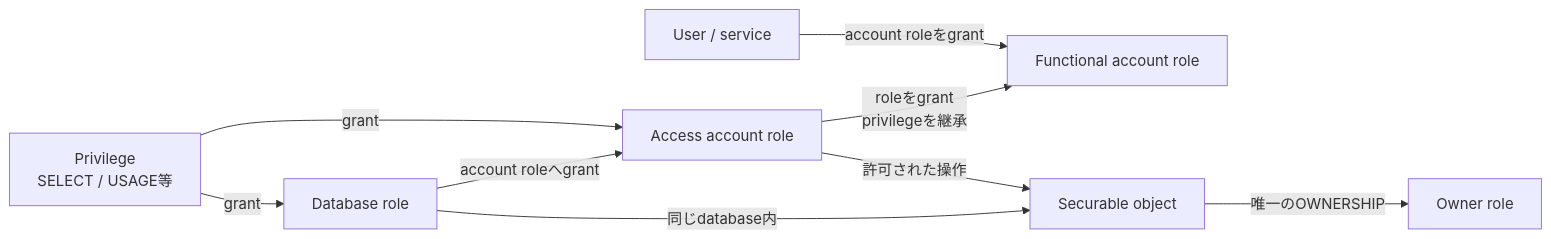
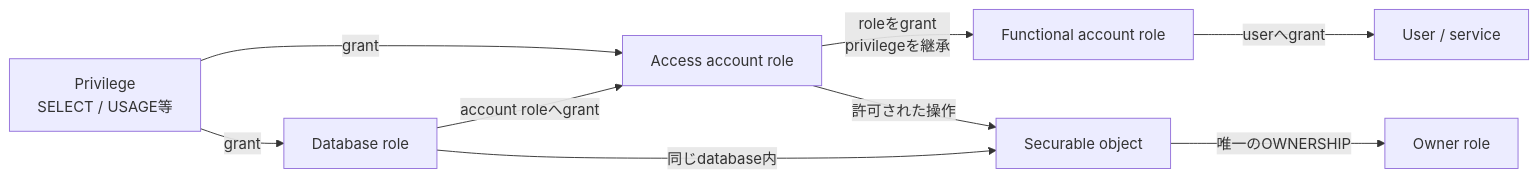
Before and after one commit to halkn/it-cert-study: the diagram in exams/snowflake/snowpro-core-cof-c03/diagrams/domain-2/role-privilege-object.md, drawn with Mermaid. The commit also changed 48 other files, not shown here.

Commit message:
Improve Domain 2 beginner learning flow

````diff
--- a/exams/snowflake/snowpro-core-cof-c03/diagrams/domain-2/role-privilege-object.md
+++ b/exams/snowflake/snowpro-core-cof-c03/diagrams/domain-2/role-privilege-object.md
@@ -3,11 +3,11 @@
 ```mermaid
 flowchart LR
-  U[User / service] -->|account roleをgrant| FR[Functional account role]
+  FR[Functional account role] -->|userへgrant| U[User / service]
   AR[Access account role] -->|roleをgrant<br/>privilegeを継承| FR
   DR[Database role] -->|account roleへgrant| AR
   P[Privilege<br/>SELECT / USAGE等] -->|grant| AR
   P -->|grant| DR
   AR -->|許可された操作| O[Securable object]
   DR -->|同じdatabase内| O
   O -->|唯一のOWNERSHIP| OWNER[Owner role]
 ```
````
